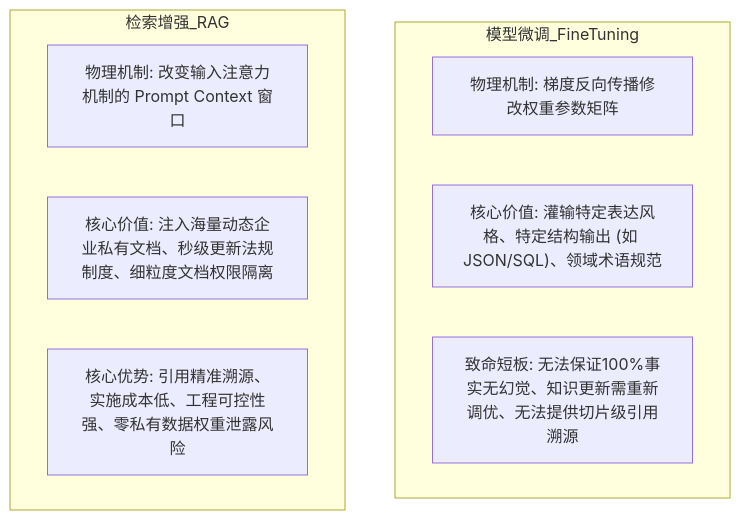
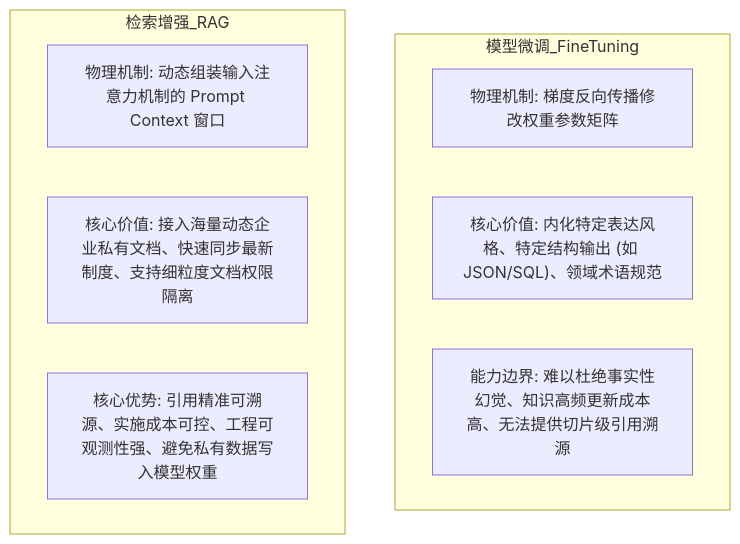
Before and after one commit to GuoWWWX/knowledge-base: the second of 3 diagrams in 10-AI应用开发/03-知识库技术-RAG/00-RAG全景与心智模型.md, drawn with Mermaid. The commit also changed other lines of this file and 251 other files, not shown here.

````diff
--- a/10-AI应用开发/03-知识库技术-RAG/00-RAG全景与心智模型.md
+++ b/10-AI应用开发/03-知识库技术-RAG/00-RAG全景与心智模型.md
@@ -50,14 +50,14 @@
 ```mermaid
 flowchart TD
     subgraph 模型微调_FineTuning
         F1["物理机制: 梯度反向传播修改权重参数矩阵"]
-        F2["核心价值: 灌输特定表达风格、特定结构输出 (如 JSON/SQL)、领域术语规范"]
-        F3["致命短板: 无法保证100%事实无幻觉、知识更新需重新调优、无法提供切片级引用溯源"]
+        F2["核心价值: 内化特定表达风格、特定结构输出 (如 JSON/SQL)、领域术语规范"]
+        F3["能力边界: 难以杜绝事实性幻觉、知识高频更新成本高、无法提供切片级引用溯源"]
     end
 
     subgraph 检索增强_RAG
-        R1["物理机制: 改变输入注意力机制的 Prompt Context 窗口"]
-        R2["核心价值: 注入海量动态企业私有文档、秒级更新法规制度、细粒度文档权限隔离"]
-        R3["核心优势: 引用精准溯源、实施成本低、工程可控性强、零私有数据权重泄露风险"]
+        R1["物理机制: 动态组装输入注意力机制的 Prompt Context 窗口"]
+        R2["核心价值: 接入海量动态企业私有文档、快速同步最新制度、支持细粒度文档权限隔离"]
+        R3["核心优势: 引用精准可溯源、实施成本可控、工程可观测性强、避免私有数据写入模型权重"]
     end
 ```
````
